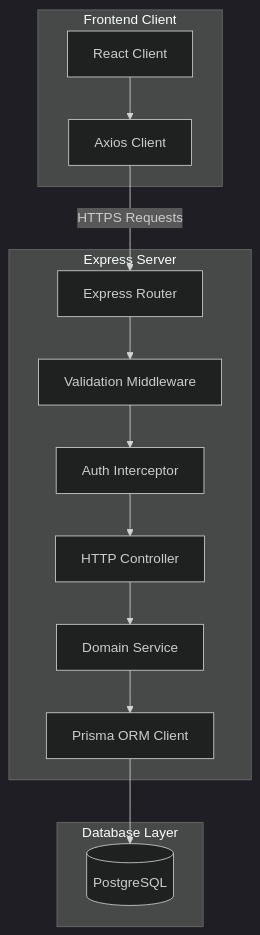
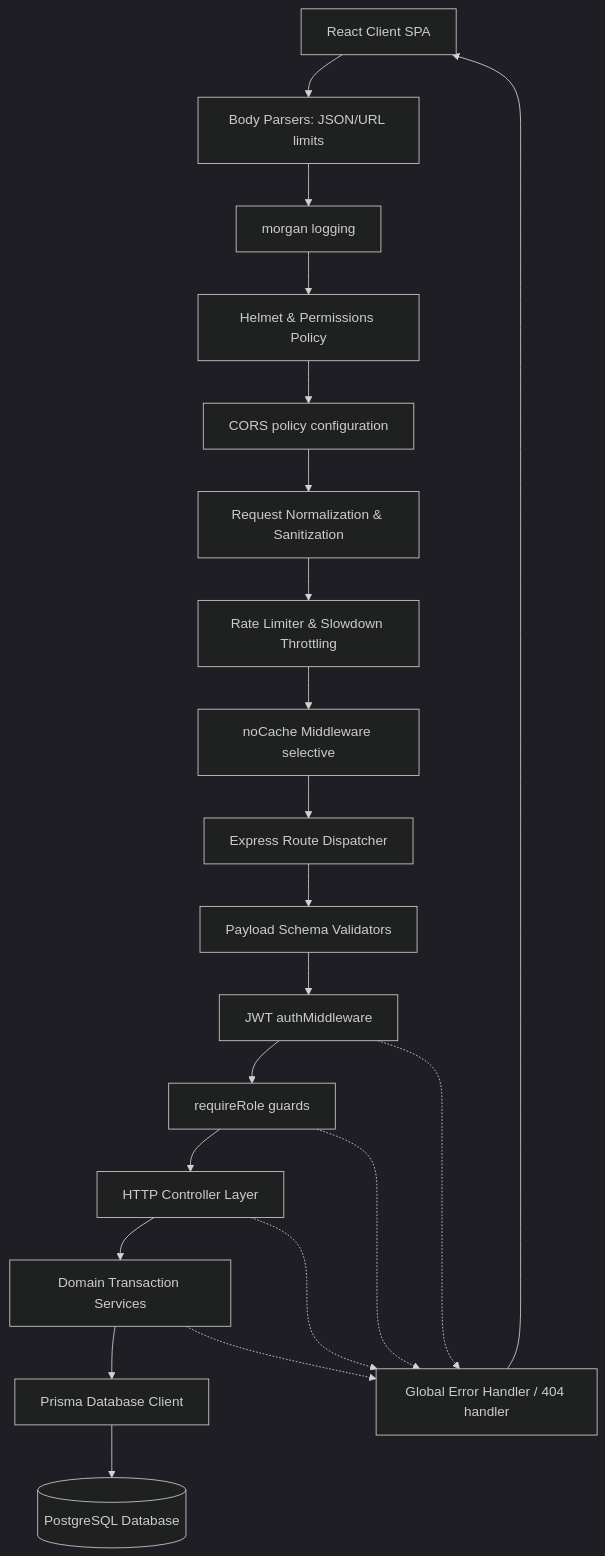
One commit to Aaditgupta1234/AVELIS changed the first of 2 diagrams in docs/ARCHITECTURE.md. Above: the diagram before and after it, drawn with Mermaid (dark theme). The commit also changed other lines of this file and 30 other files, not shown here.

````diff
--- a/docs/ARCHITECTURE.md
+++ b/docs/ARCHITECTURE.md
@@ -22,19 +22,25 @@
 ```mermaid
-graph TD
-    subgraph Frontend Client
-        React[React Client] --> Axios[Axios Client]
-    end
-
-    subgraph Express Server
-        Axios -- HTTPS Requests --> Router[Express Router]
-        Router --> ValMiddleware[Validation Middleware]
-        ValMiddleware --> AuthMiddleware[Auth Interceptor]
-        AuthMiddleware --> Controller[HTTP Controller]
-        Controller --> Service[Domain Service]
-        Service --> Prisma[Prisma ORM Client]
-    end
-
-    subgraph Database Layer
-        Prisma --> PostgreSQL[(PostgreSQL)]
-    end
+flowchart TD
+    Client[React Client SPA] --> Body[Body Parsers: JSON/URL limits]
+    Body --> Logger[morgan logging]
+    Logger --> Headers[Helmet & Permissions Policy]
+    Headers --> CORS[CORS policy configuration]
+    CORS --> Sanitizer[Request Normalization & Sanitization]
+    Sanitizer --> RateLimit[Rate Limiter & Slowdown Throttling]
+    RateLimit --> Cache[noCache Middleware selective]
+    Cache --> Router[Express Route Dispatcher]
+    Router --> Validator[Payload Schema Validators]
+    Validator --> Auth[JWT authMiddleware]
+    Auth --> RBAC[requireRole guards]
+    RBAC --> Controller[HTTP Controller Layer]
+    Controller --> Service[Domain Transaction Services]
+    Service --> Prisma[Prisma Database Client]
+    Prisma --> DB[(PostgreSQL Database)]
+    
+    %% Error flow
+    Controller -.-> Err[Global Error Handler / 404 handler]
+    Service -.-> Err
+    Auth -.-> Err
+    RBAC -.-> Err
+    Err --> Client
 ```
````
